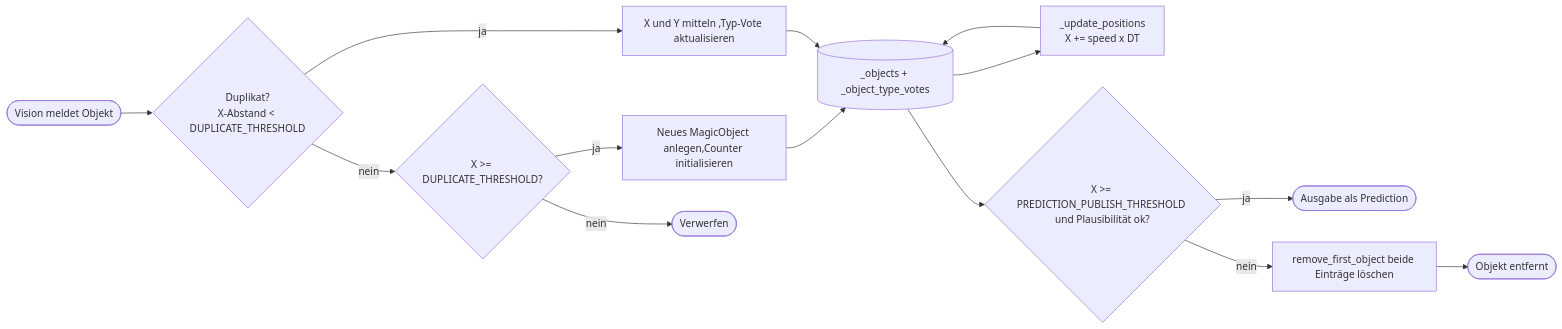
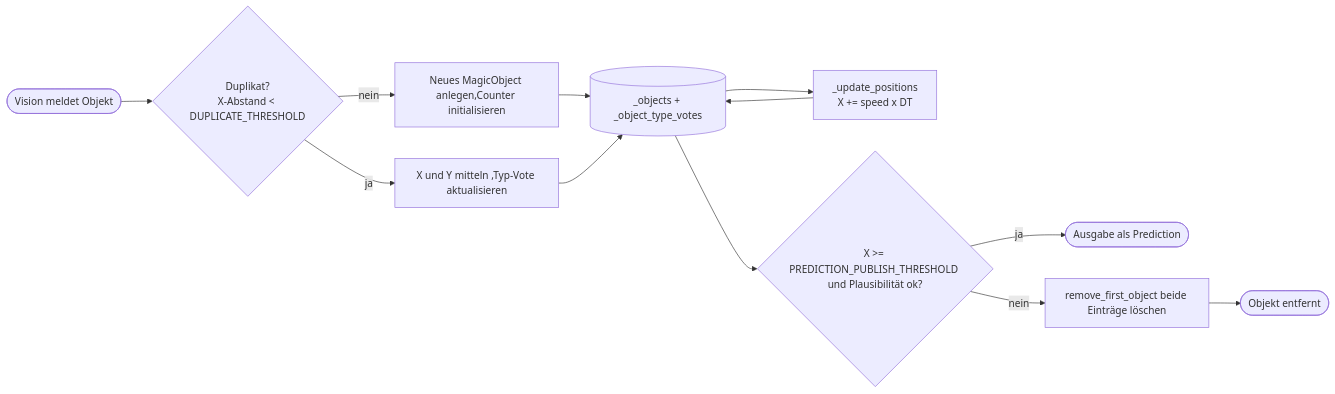
The third of 3 diagrams in documentation/documentation.md (derlole/NimSort42), drawn with Mermaid before and after one commit. The commit also changed other lines of this file and 2 other files, not shown here.

Commit message:
feat: unit tests und so zeug

````diff
--- a/documentation/documentation.md
+++ b/documentation/documentation.md
@@ -408,16 +408,14 @@
 ```mermaid
 flowchart LR
     A([Vision meldet Objekt]) --> B{Duplikat?\nX-Abstand < DUPLICATE_THRESHOLD}
     B -->|ja| C[X und Y mitteln ,Typ-Vote aktualisieren]
-    B -->|nein| D{X >= DUPLICATE_THRESHOLD?}
-    D -->|ja| E[Neues MagicObject anlegen,Counter initialisieren]
-    D -->|nein| F([Verwerfen])
+    B --> |nein| E[Neues MagicObject anlegen,Counter initialisieren]
     E --> G[("_objects + _object_type_votes")]
     C --> G
     G --> H[_update_positions\nX += speed x DT]
     H --> G
     G --> I{X >= PREDICTION_PUBLISH_THRESHOLD und Plausibilität ok?}
     I -->|ja| J([Ausgabe als Prediction])
     I -->|nein| K[remove_first_object beide Einträge löschen]
     K --> L([Objekt entfernt])
 ```
````
